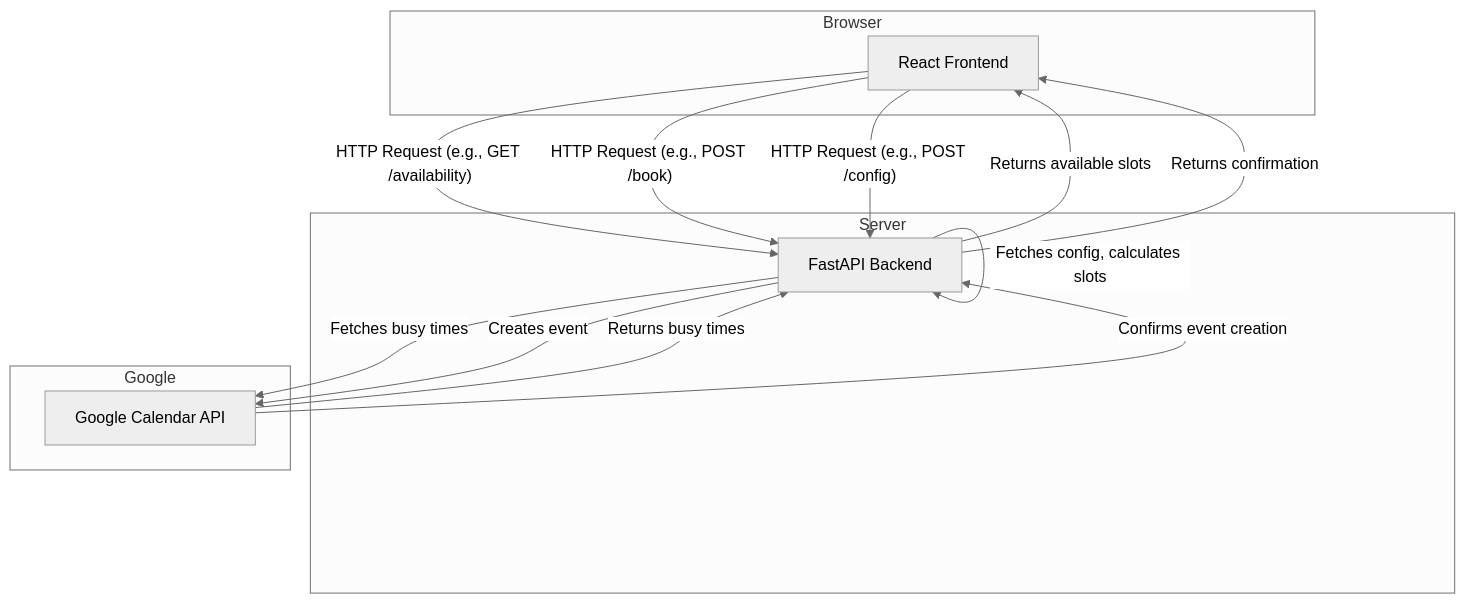
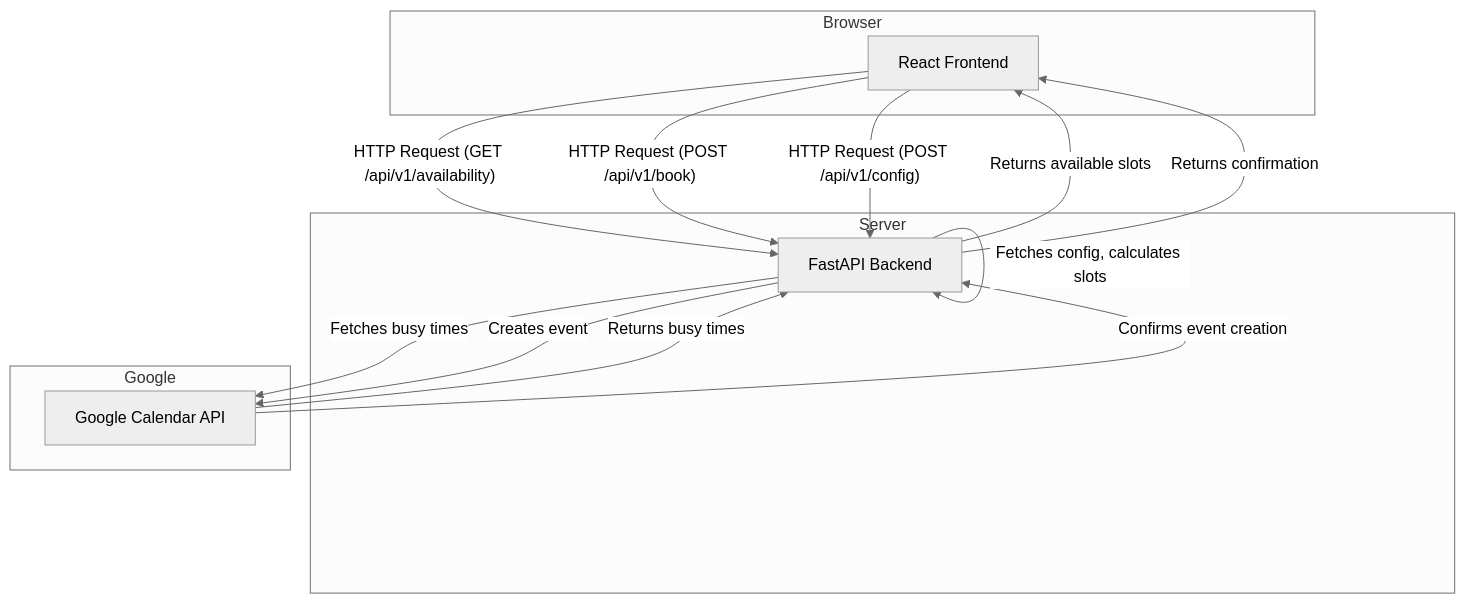
The first of 2 diagrams in ARCHITECTURE.md (QuidamF/Reservaciones), drawn with Mermaid (neutral theme) before and after one commit. The commit also changed other lines of this file and 22 other files, not shown here.

````diff
--- a/ARCHITECTURE.md
+++ b/ARCHITECTURE.md
@@ -46,27 +51,27 @@
 ```mermaid
 graph TD
     subgraph Browser
         A[React Frontend]
     end
 
     subgraph Server
         B[FastAPI Backend]
     end
 
     subgraph Google
         C[Google Calendar API]
     end
 
-    A -- HTTP Request (e.g., GET /availability) --> B
+    A -- HTTP Request (GET /api/v1/availability) --> B
     B -- Fetches config, calculates slots --> B
     B -- Fetches busy times --> C
     C -- Returns busy times --> B
     B -- Returns available slots --> A
 
-    A -- HTTP Request (e.g., POST /book) --> B
+    A -- HTTP Request (POST /api/v1/book) --> B
     B -- Creates event --> C
     C -- Confirms event creation --> B
     B -- Returns confirmation --> A
 
-    A -- HTTP Request (e.g., POST /config) --> B
+    A -- HTTP Request (POST /api/v1/config) --> B
 ```
````
